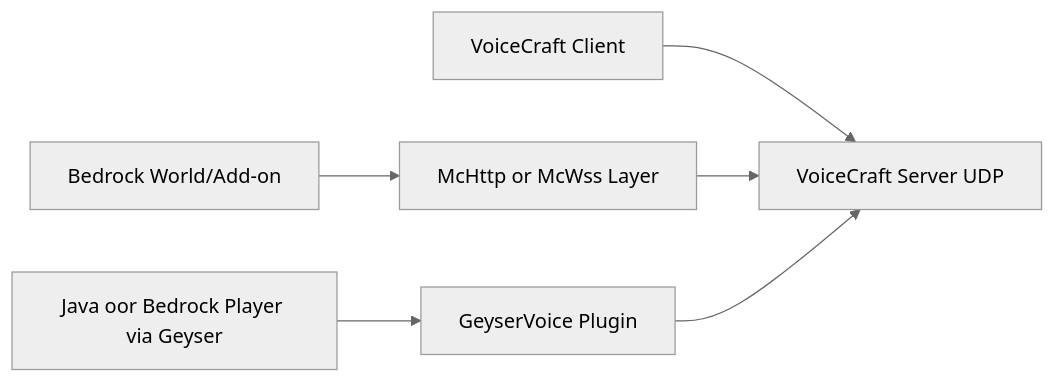
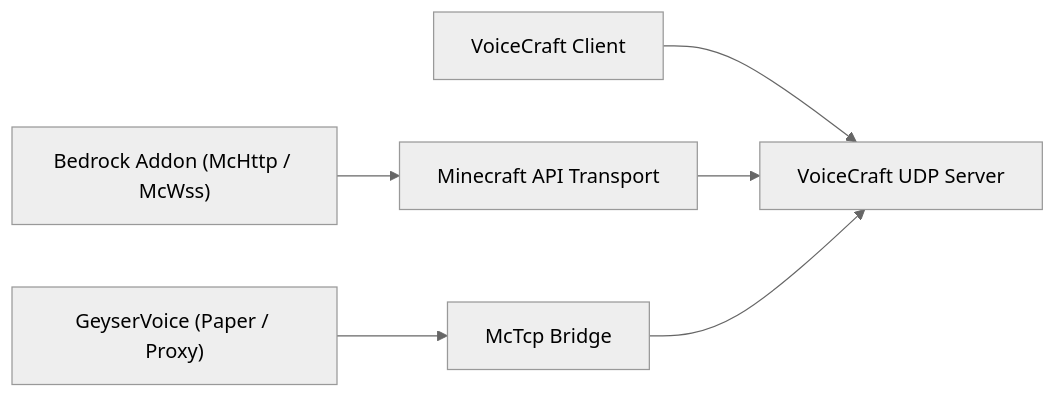
The diagram in content/en/6.ecosystem/1.overview.md (AvionBlock/VoiceCraft.Docs), drawn with Mermaid (neutral theme) before and after one commit. The commit also changed other lines of this file and 73 other files, not shown here.

````diff
--- a/content/en/6.ecosystem/1.overview.md
+++ b/content/en/6.ecosystem/1.overview.md
@@ -18,8 +16,8 @@
 ```mermaid
 flowchart LR
-  A[VoiceCraft Client] --> B[VoiceCraft Server UDP]
-  C[Bedrock World/Add-on] --> D[McHttp or McWss Layer]
+  A["VoiceCraft Client"] --> B["VoiceCraft UDP Server"]
+  C["Bedrock Addon (McHttp / McWss)"] --> D["Minecraft API Transport"]
   D --> B
-  E[Java oor Bedrock Player via Geyser] --> F[GeyserVoice Plugin]
+  E["GeyserVoice (Paper / Proxy)"] --> F["McTcp Bridge"]
   F --> B
 ```
````
